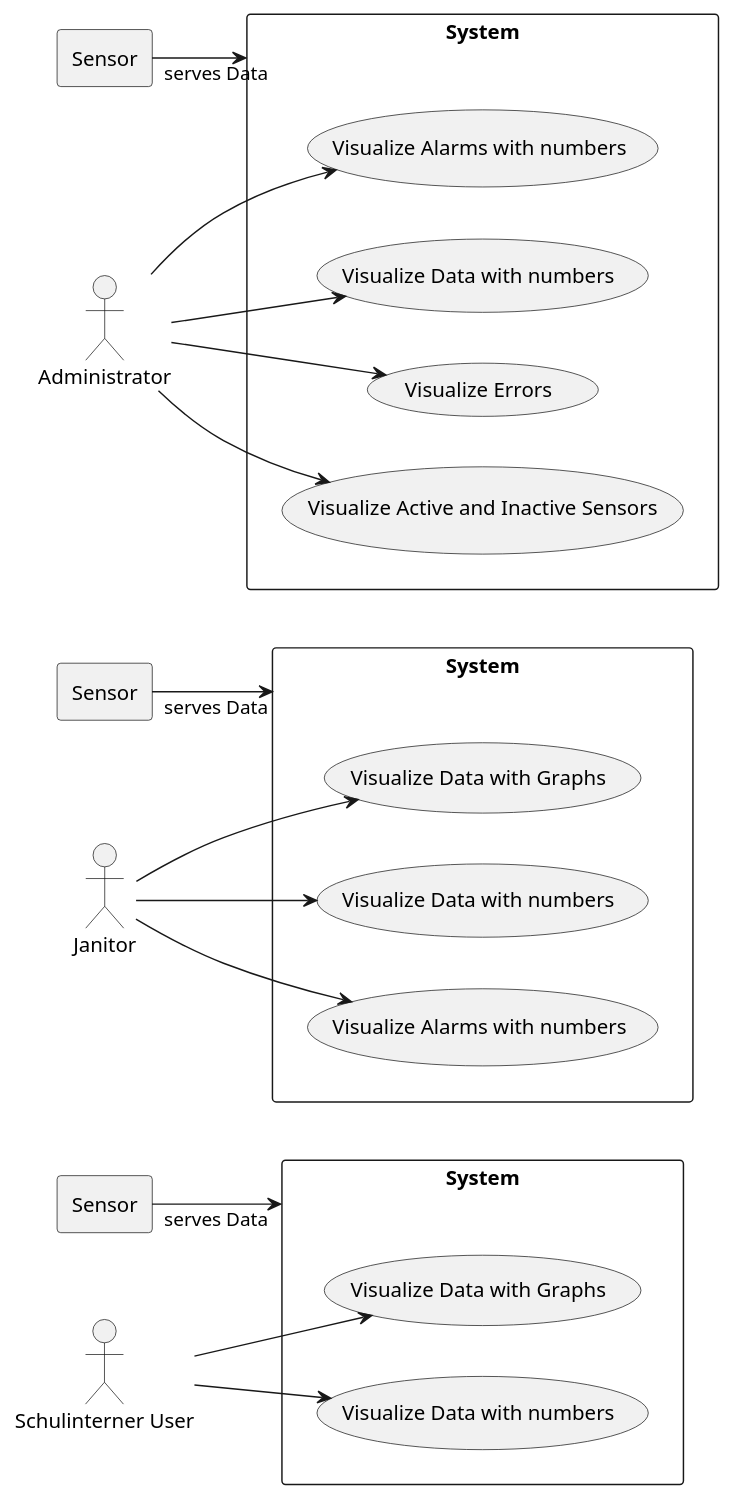
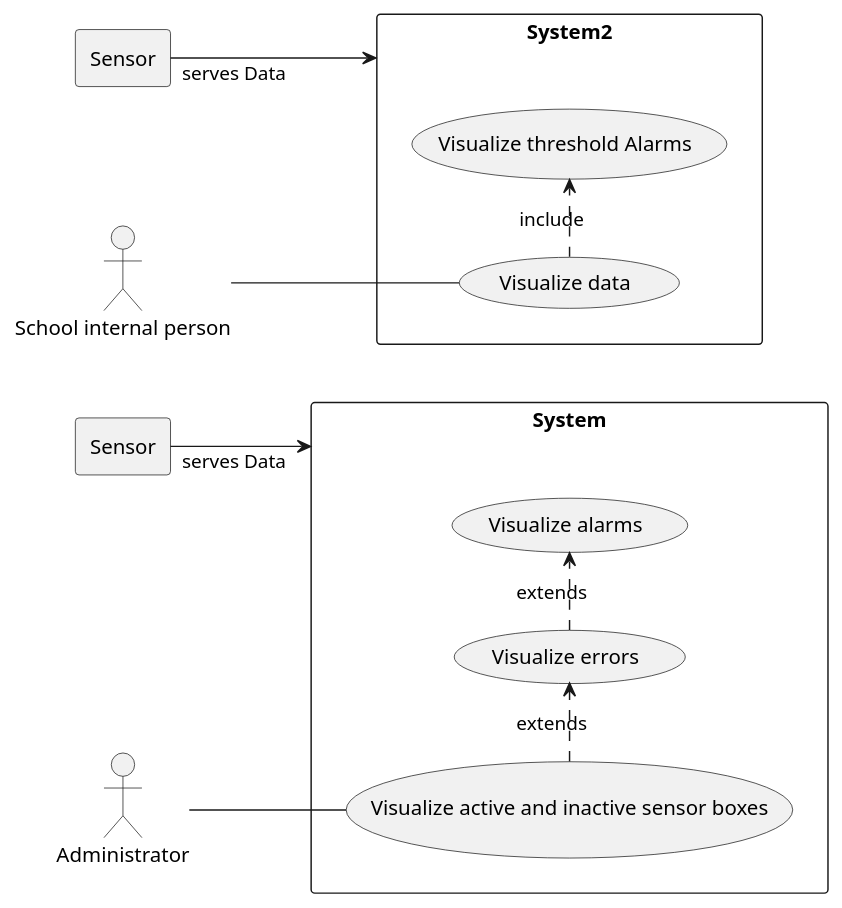
One commit to 2324-5bhitm-itp/2223-4bhitm-project-iot-dashboard changed the diagram in docs/asciidocs/plantuml/ucd.puml. Above: the diagram before and after it, drawn with PlantUML.

Commit message:
Updated UCD

```diff
--- a/docs/asciidocs/plantuml/ucd.puml
+++ b/docs/asciidocs/plantuml/ucd.puml
@@ -1,58 +1,41 @@
 @startuml
 'https://plantuml.com/sequence-diagram
 
-'UCD 1 -------------------------
+'UCD -------------------------
 
 left to right direction
-actor "Schulinterner User" as user
-rectangle System {
-  usecase "Visualize Data with Graphs" as UC1
-  usecase "Visualize Data with numbers" as UC2
+
+rectangle Sensor
+
+Sensor "serves Data" --> System
+
+actor "Administrator" as Administrator
+
+rectangle System as System {
+  usecase "Visualize active and inactive sensor boxes" as UC1
+
+  usecase "Visualize errors" as UC2
+  usecase "Visualize alarms" as UC3
 }
 
-rectangle Sensor {
+Administrator -- UC1
 
+(UC1) .> (UC2) : extends
+(UC2) .> (UC3) : extends
+
+'UCD2 ------------------------
+rectangle Sensor2 as "Sensor"
+
+Sensor2 "serves Data" --> System2
+
+actor "School internal person" as School
+
+rectangle System as System2 {
+  usecase "Visualize data" as UC12
+  usecase "Visualize threshold Alarms" as UC22
 }
 
-user --> UC1
-user --> UC2
-Sensor "serves Data" --> System
+School -- UC12
+(UC12) .> (UC22) : include
 
-'UCD 2 -------------------------
-
-actor "Janitor" as Janitor
-rectangle System as System2 {
-  usecase "Visualize Data with Graphs" as UC12
-  usecase "Visualize Data with numbers" as UC22
-  usecase "Visualize Alarms with numbers" as UC32
-}
-
-rectangle Sensor as Sensor2 {
-
-}
-
-Janitor --> UC12
-Janitor --> UC22
-Janitor --> UC32
-Sensor2 "serves Data" --> System2
-
-'UCD 3 -------------------------
-
-actor "Administrator" as Administrator
-rectangle System as System3 {
-  usecase "Visualize Alarms with numbers" as UC13
-  usecase "Visualize Data with numbers" as UC23
-  usecase "Visualize Errors" as UC33
-  usecase "Visualize Active and Inactive Sensors" as UC43
-}
-
-rectangle Sensor as Sensor3 {
-
-}
-
-Administrator --> UC13
-Administrator --> UC23
-Administrator --> UC33
-Administrator --> UC43
-Sensor3 "serves Data" --> System3
 @enduml
```
